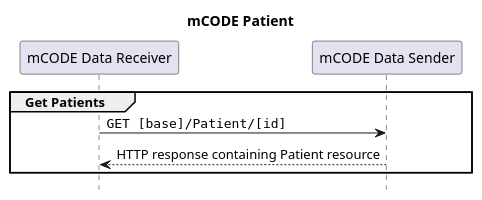
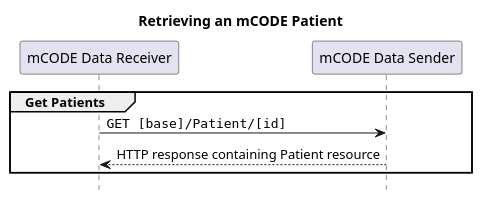
The diagram in input/images-source/mcode-patient-pull.plantuml (HL7/fhir-mCODE-ig), drawn with PlantUML before and after one commit. The commit also changed 16 other files, not shown here.

```diff
--- a/input/images-source/mcode-patient-pull.plantuml
+++ b/input/images-source/mcode-patient-pull.plantuml
@@ -1,15 +1,15 @@
 @startuml
 skinparam defaultFontName Arial
 
-title mCODE Patient
+title Retrieving an mCODE Patient
 hide footbox
 participant "mCODE Data Receiver" as Receiver
 participant "mCODE Data Sender" as Sender
 
 group Get Patients
     "Receiver" -> "Sender" : ""GET [base]/Patient/[id]""
     "Sender" --> "Receiver" : HTTP response containing Patient resource
 end
 
 
 @enduml
```
